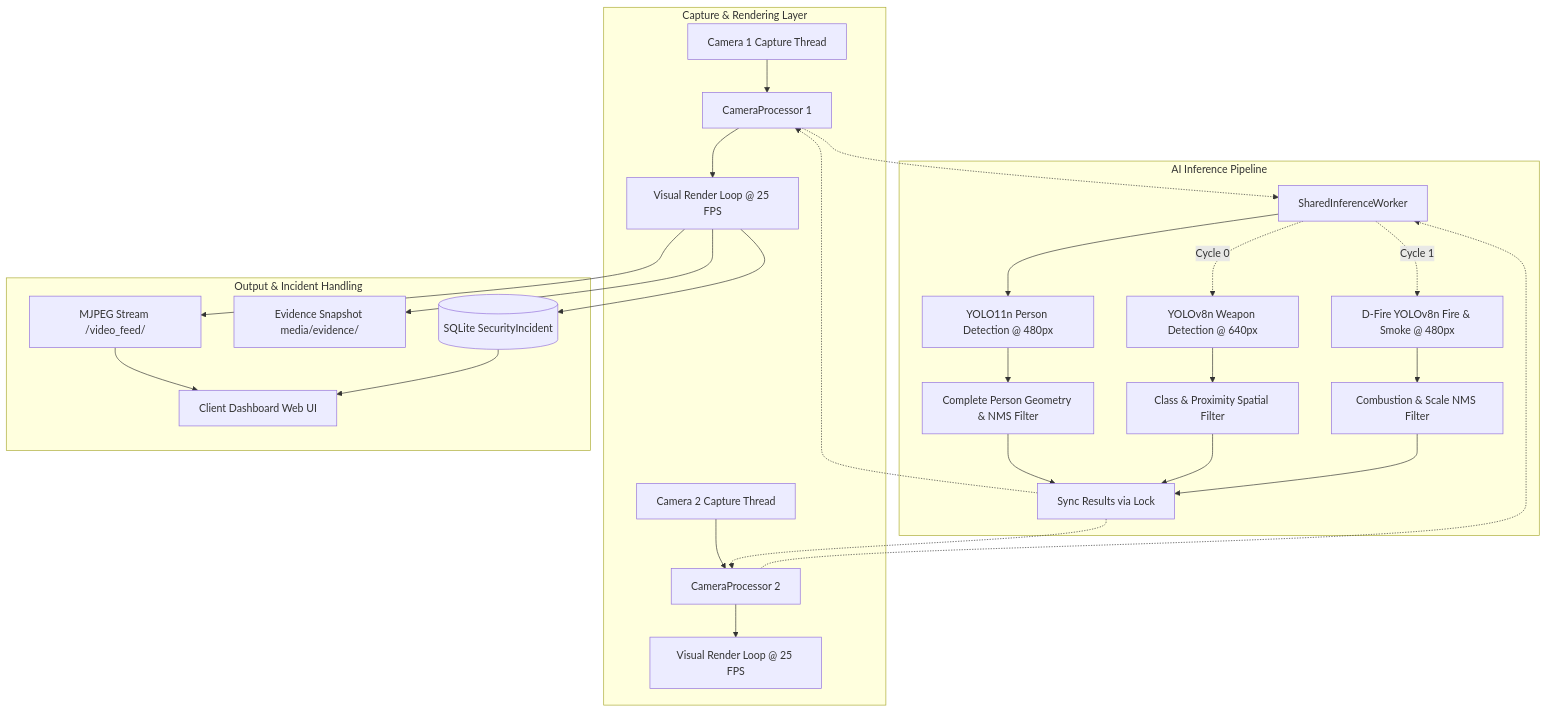
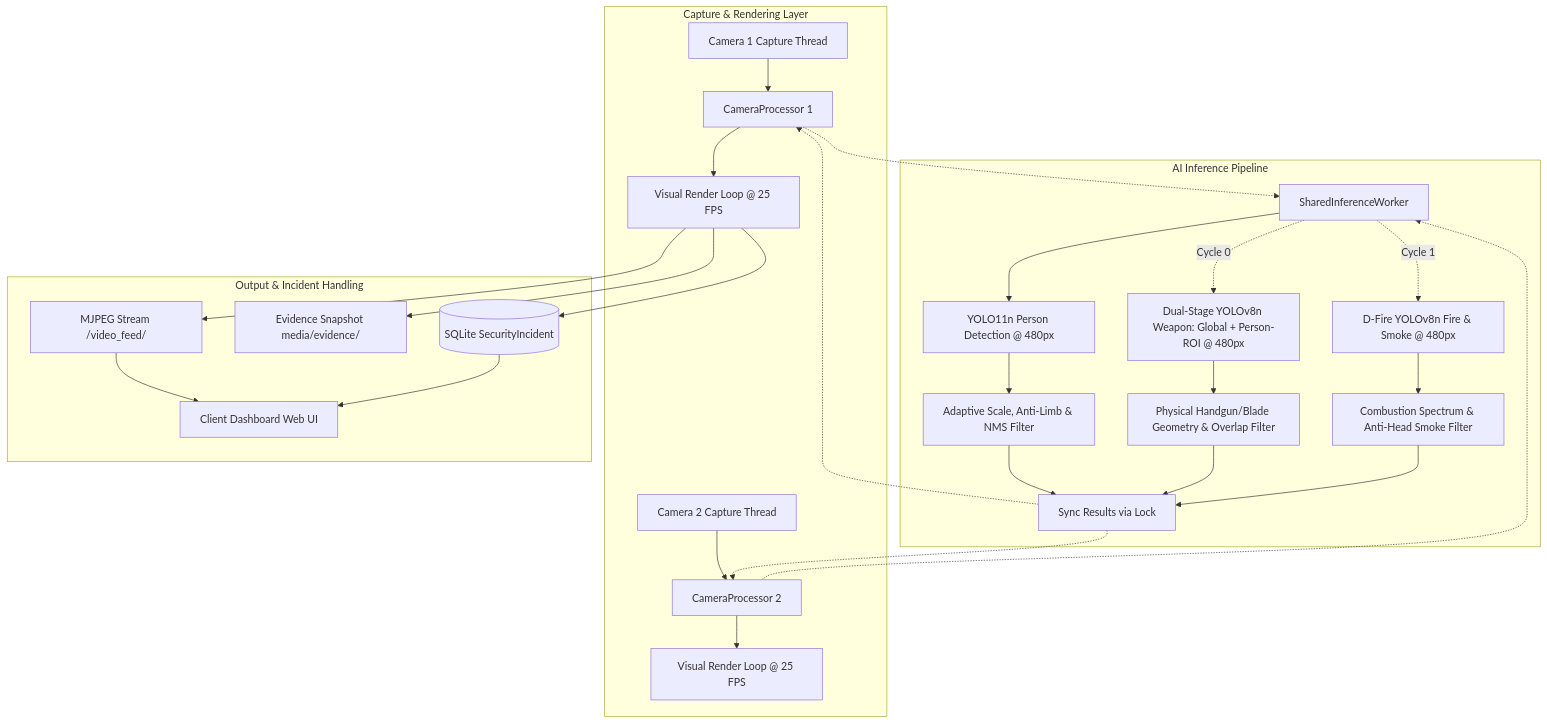
Before and after one commit to Sahil-2005/SmartVideoSurveillance: the diagram in README.md, drawn with Mermaid. The commit also changed other lines of this file and 2 other files, not shown here.

Commit message:
fix the person and fire model

````diff
--- a/README.md
+++ b/README.md
@@ -86,33 +105,33 @@
 ```mermaid
 flowchart TD
     subgraph Capture & Rendering Layer
         Cam1[Camera 1 Capture Thread] --> Proc1[CameraProcessor 1]
         Cam2[Camera 2 Capture Thread] --> Proc2[CameraProcessor 2]
         Proc1 --> Render1[Visual Render Loop @ 25 FPS]
         Proc2 --> Render2[Visual Render Loop @ 25 FPS]
     end
 
     subgraph AI Inference Pipeline
         Proc1 -.-> Worker[SharedInferenceWorker]
         Proc2 -.-> Worker
         Worker --> YOLOPerson[YOLO11n Person Detection @ 480px]
-        Worker -. Cycle 0 .-> YOLOWeapon[YOLOv8n Weapon Detection @ 640px]
+        Worker -. Cycle 0 .-> YOLOWeapon[Dual-Stage YOLOv8n Weapon: Global + Person-ROI @ 480px]
         Worker -. Cycle 1 .-> YOLOFire[D-Fire YOLOv8n Fire & Smoke @ 480px]
-        YOLOPerson --> PersonFilter[Complete Person Geometry & NMS Filter]
-        YOLOWeapon --> WeaponFilter[Class & Proximity Spatial Filter]
-        YOLOFire --> FireFilter[Combustion & Scale NMS Filter]
+        YOLOPerson --> PersonFilter[Adaptive Scale, Anti-Limb & NMS Filter]
+        YOLOWeapon --> WeaponFilter[Physical Handgun/Blade Geometry & Overlap Filter]
+        YOLOFire --> FireFilter[Combustion Spectrum & Anti-Head Smoke Filter]
         PersonFilter --> Sync[Sync Results via Lock]
         WeaponFilter --> Sync
         FireFilter --> Sync
         Sync -.-> Proc1
         Sync -.-> Proc2
     end
 
     subgraph Output & Incident Handling
         Render1 --> Stream[MJPEG Stream /video_feed/]
         Render1 --> Snap[Evidence Snapshot media/evidence/]
         Render1 --> DB[(SQLite SecurityIncident)]
         Stream --> Browser[Client Dashboard Web UI]
         DB --> Browser
     end
 ```
````
